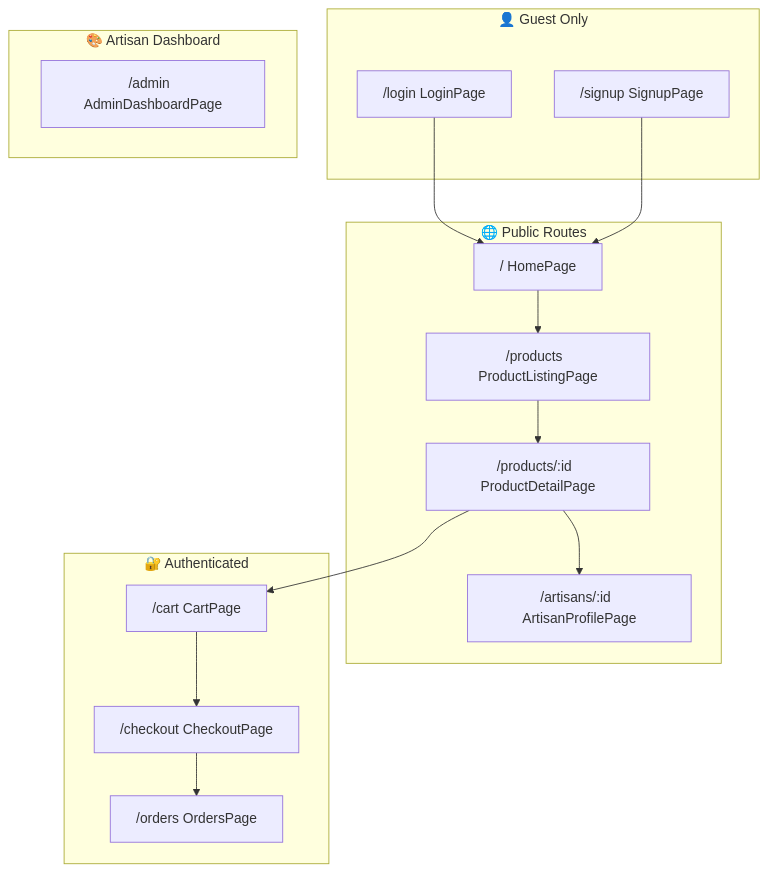
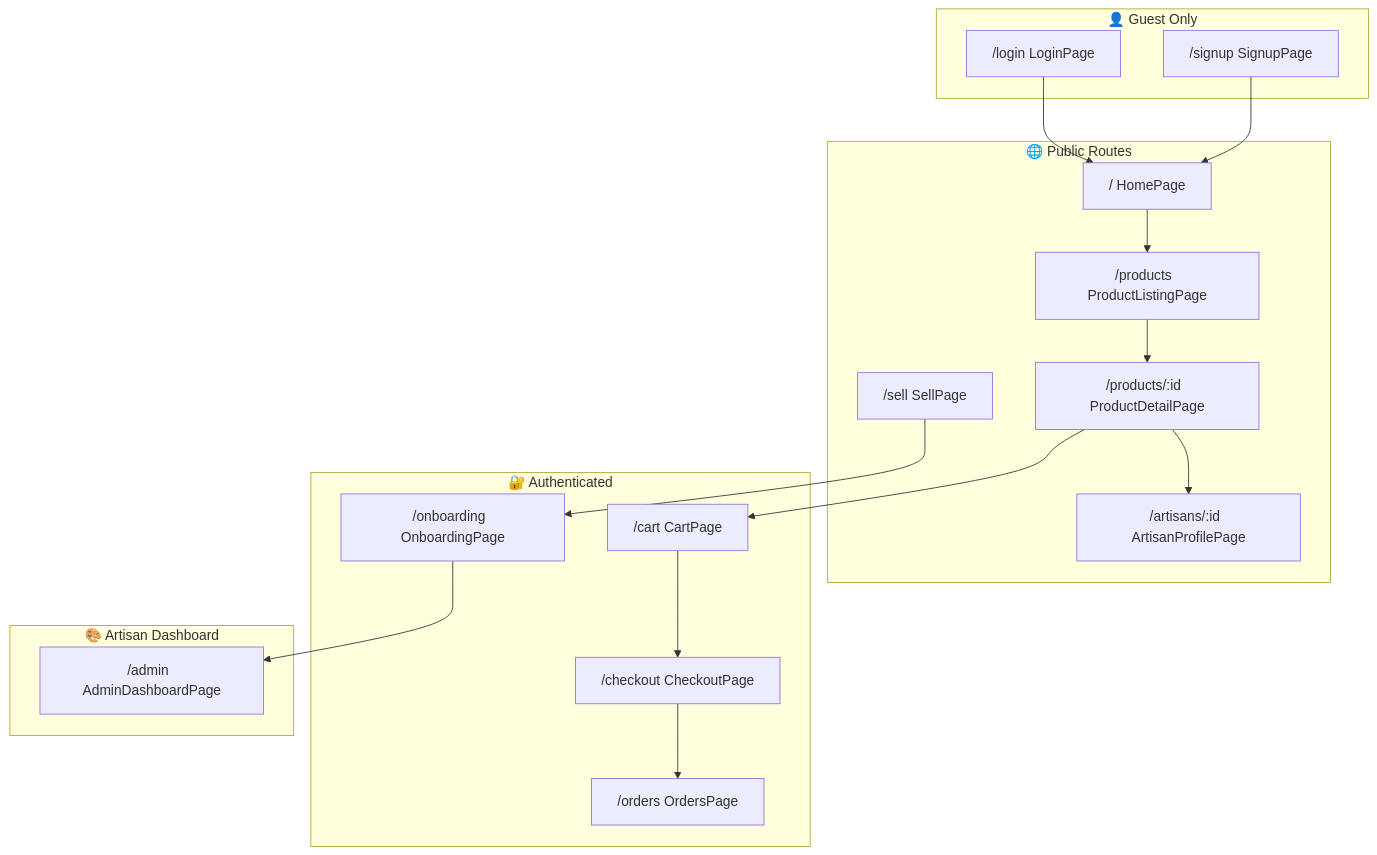
Before and after one commit to AbdurRafay2004/KARU: the diagram in README.md, drawn with Mermaid. The commit also changed other lines of this file and 12 other files, not shown here.

Commit message:
UserProfiles, artisan onboarding flow, adminDashboardpage, profile dropdow, header, database(convex)

````diff
--- a/README.md
+++ b/README.md
@@ -104,33 +116,37 @@
 ```mermaid
 flowchart TB
     subgraph Public["🌐 Public Routes"]
         HOME["/  HomePage"]
         PRODUCTS["/products  ProductListingPage"]
         PRODUCT_DETAIL["/products/:id  ProductDetailPage"]
         ARTISAN["/artisans/:id  ArtisanProfilePage"]
+        SELL["/sell  SellPage"]
     end
     
     subgraph Guest["👤 Guest Only"]
         LOGIN["/login  LoginPage"]
         SIGNUP["/signup  SignupPage"]
     end
     
     subgraph Auth["🔐 Authenticated"]
         CART["/cart  CartPage"]
         CHECKOUT["/checkout  CheckoutPage"]
         ORDERS["/orders  OrdersPage"]
+        ONBOARDING["/onboarding  OnboardingPage"]
     end
     
     subgraph Artisan["🎨 Artisan Dashboard"]
         ADMIN["/admin  AdminDashboardPage"]
     end
     
     HOME --> PRODUCTS
     PRODUCTS --> PRODUCT_DETAIL
     PRODUCT_DETAIL --> ARTISAN
     PRODUCT_DETAIL --> CART
     CART --> CHECKOUT
     CHECKOUT --> ORDERS
     LOGIN --> HOME
     SIGNUP --> HOME
+    SELL --> ONBOARDING
+    ONBOARDING --> ADMIN
 ```
````
